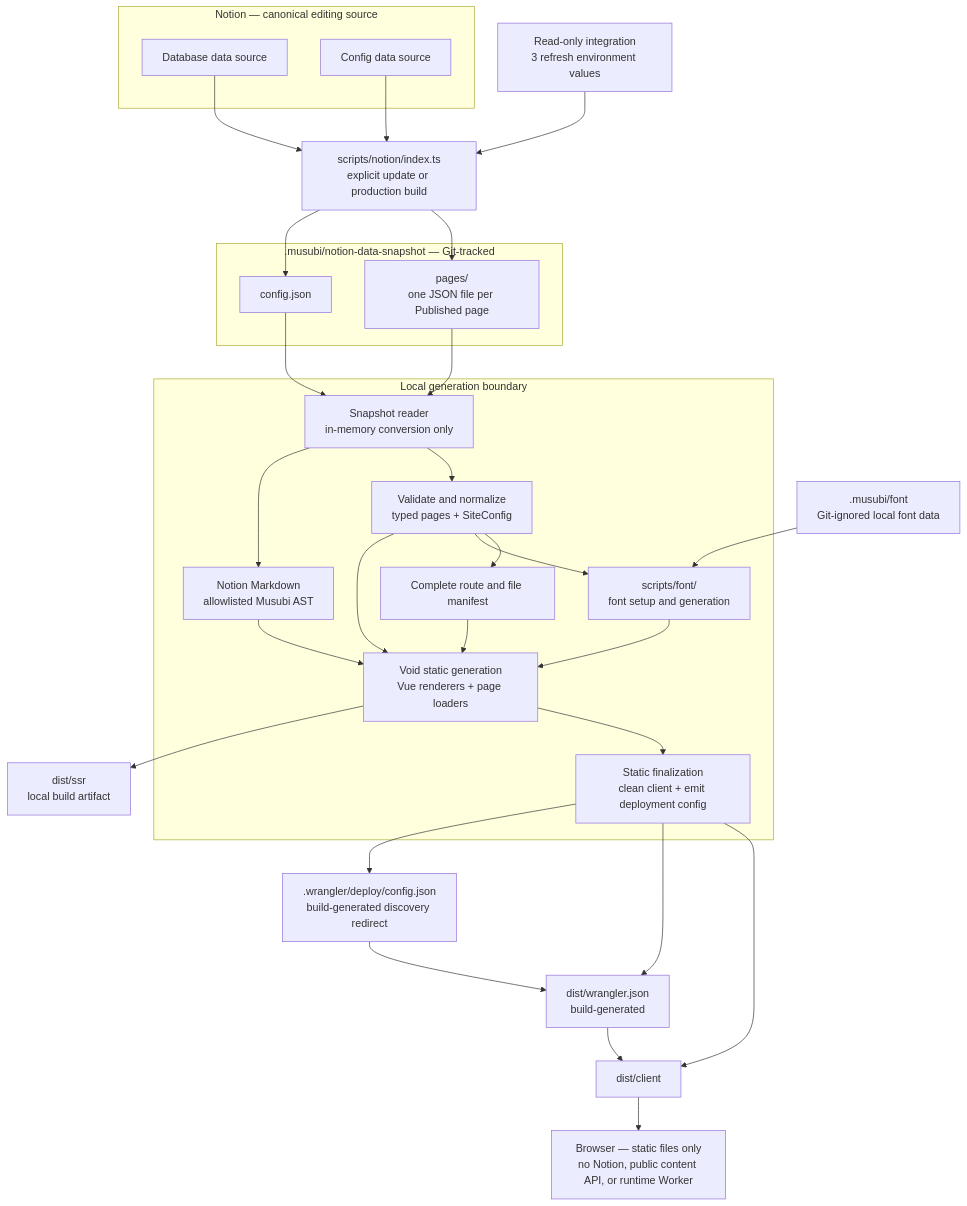
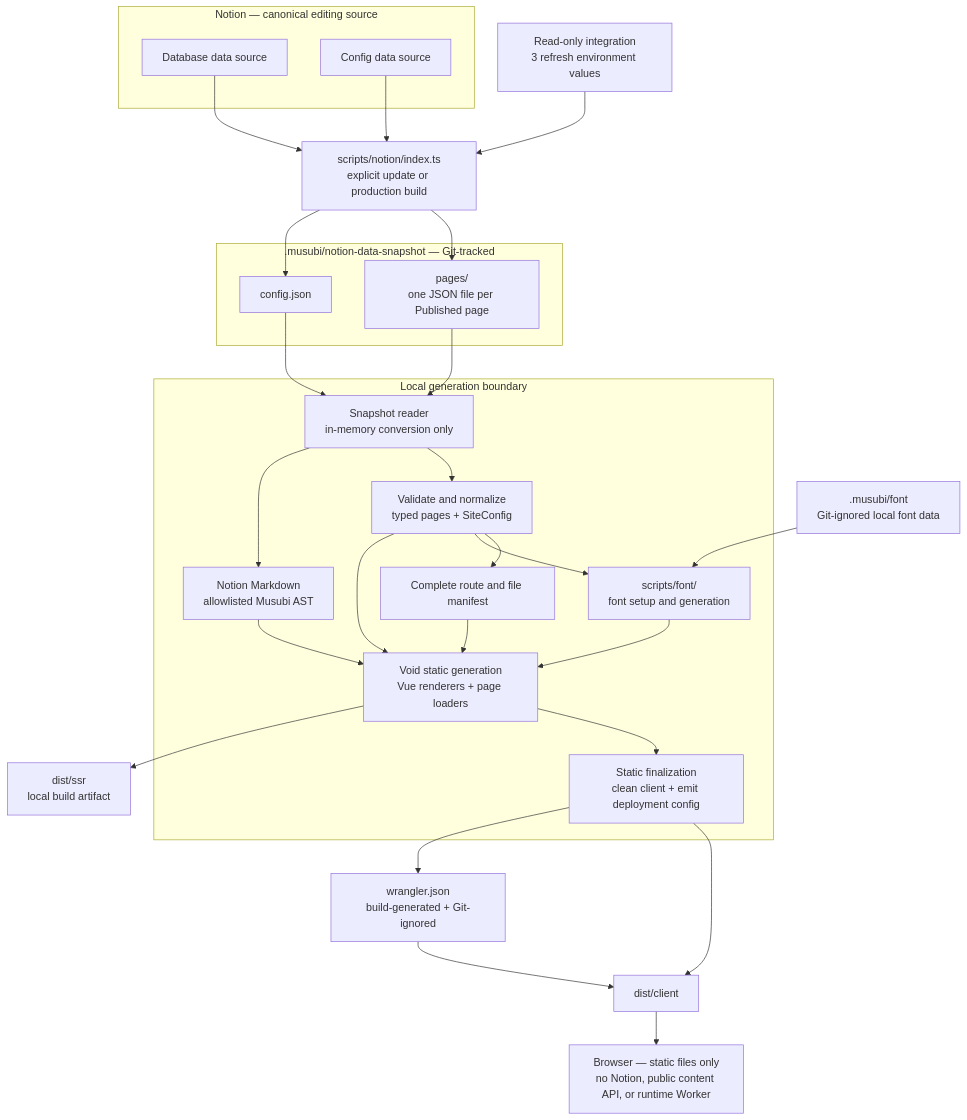
Before and after one commit to hyfdev/musubi: the diagram in .agents/docs/architecture.md, drawn with Mermaid. The commit also changed other lines of this file and 6 other files, not shown here.

Commit message:
build: generate Wrangler config at project root

````diff
--- a/.agents/docs/architecture.md
+++ b/.agents/docs/architecture.md
@@ -9,59 +9,56 @@
 ```mermaid
 flowchart TB
   subgraph notion["Notion — canonical editing source"]
     content["Database data source"]
     config["Config data source"]
   end
 
   env["Read-only integration\n3 refresh environment values"]
 
   refresh["scripts/notion/index.ts\nexplicit update or production build"]
 
   subgraph data[".musubi/notion-data-snapshot — Git-tracked"]
     pageData["pages/\none JSON file per Published page"]
     configData["config.json"]
   end
 
   fontData[".musubi/font\nGit-ignored local font data"]
 
   subgraph build["Local generation boundary"]
     reader["Snapshot reader\nin-memory conversion only"]
     normalize["Validate and normalize\ntyped pages + SiteConfig"]
     body["Notion Markdown\nallowlisted Musubi AST"]
     fonts["scripts/font/\nfont setup and generation"]
     manifest["Complete route and file manifest"]
     void["Void static generation\nVue renderers + page loaders"]
     finalize["Static finalization\nclean client + emit deployment config"]
   end
 
   output["dist/client"]
   serverBuild["dist/ssr\nlocal build artifact"]
-  deployment["dist/wrangler.json\nbuild-generated"]
-  deployRedirect[".wrangler/deploy/config.json\nbuild-generated discovery redirect"]
+  deployment["wrangler.json\nbuild-generated + Git-ignored"]
   browser["Browser — static files only\nno Notion, public content API, or runtime Worker"]
 
   env --> refresh
   content --> refresh
   config --> refresh
   refresh --> pageData
   refresh --> configData
   pageData --> reader
   configData --> reader
   fontData --> fonts
   reader --> normalize
   reader --> body
   normalize --> manifest
   normalize --> fonts
   normalize --> void
   body --> void
   fonts --> void
   manifest --> void
   void --> finalize
   void --> serverBuild
   finalize --> output
   finalize --> deployment
-  finalize --> deployRedirect
-  deployRedirect --> deployment
   deployment --> output
   output --> browser
 ```
````
